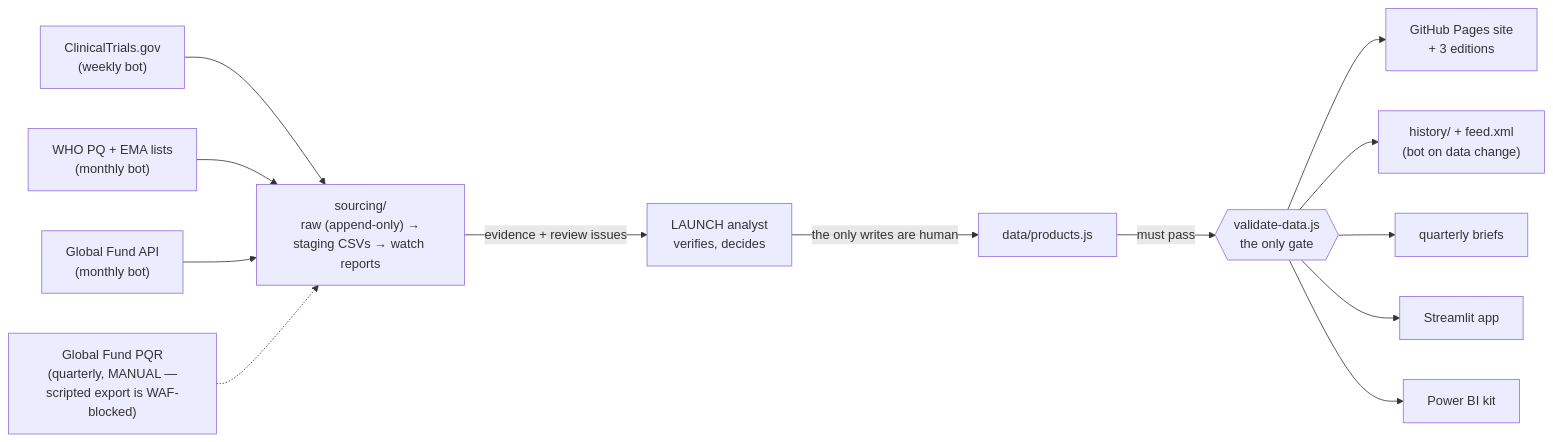
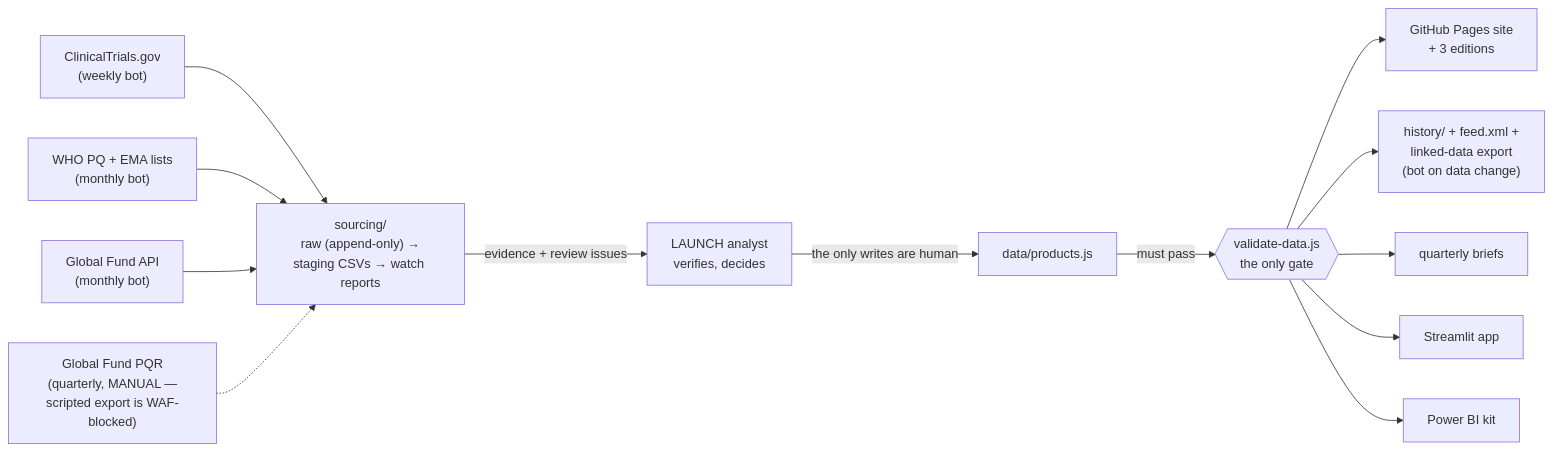
Before and after one commit to kochrisdev/launch-transparency-dashboard: the second of 2 diagrams in docs/project-explainer.md, drawn with Mermaid. The commit also changed other lines of this file and 4 other files, not shown here.

````diff
--- a/docs/project-explainer.md
+++ b/docs/project-explainer.md
@@ -227,15 +227,15 @@
 ```mermaid
 flowchart LR
   CT["ClinicalTrials.gov<br/>(weekly bot)"] --> SRC
   WHOEMA["WHO PQ + EMA lists<br/>(monthly bot)"] --> SRC
   GF["Global Fund API<br/>(monthly bot)"] --> SRC
   PQR["Global Fund PQR<br/>(quarterly, MANUAL —<br/>scripted export is WAF-blocked)"] -.-> SRC
   SRC["sourcing/<br/>raw (append-only) →<br/>staging CSVs → watch reports"] -->|"evidence + review issues"| AN["LAUNCH analyst<br/>verifies, decides"]
   AN -->|"the only writes are human"| DATA["data/products.js"]
   DATA -->|"must pass"| VAL{{"validate-data.js<br/>the only gate"}}
   VAL --> SITE["GitHub Pages site<br/>+ 3 editions"]
-  VAL --> HIST["history/ + feed.xml<br/>(bot on data change)"]
+  VAL --> HIST["history/ + feed.xml +<br/>linked-data export<br/>(bot on data change)"]
   VAL --> BRIEF["quarterly briefs"]
   VAL --> ST["Streamlit app"]
   VAL --> PBI["Power BI kit"]
 ```
````
